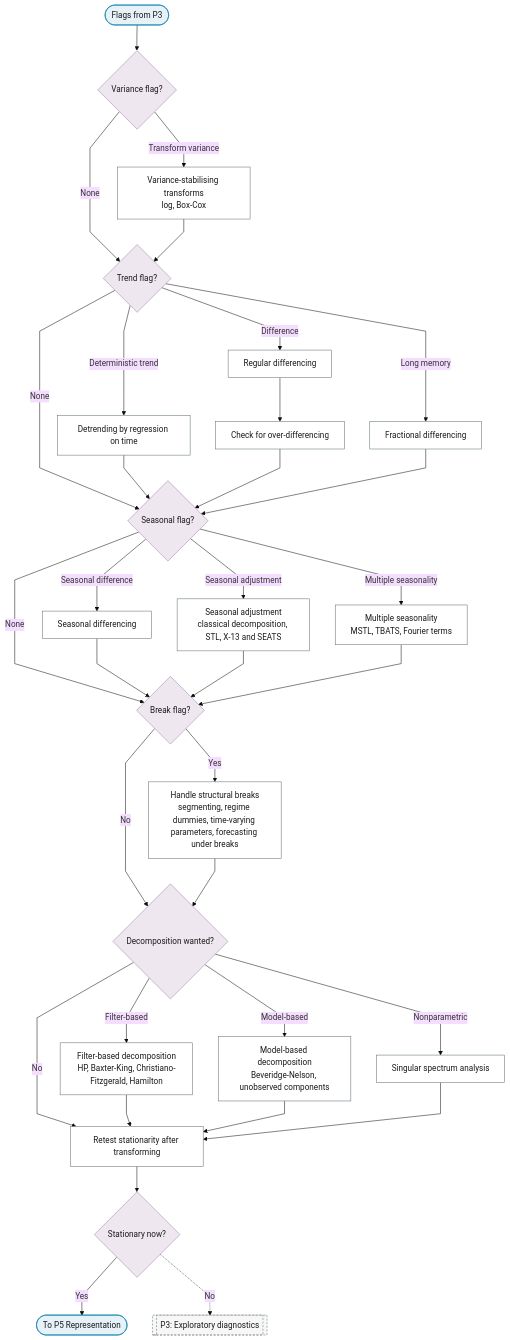
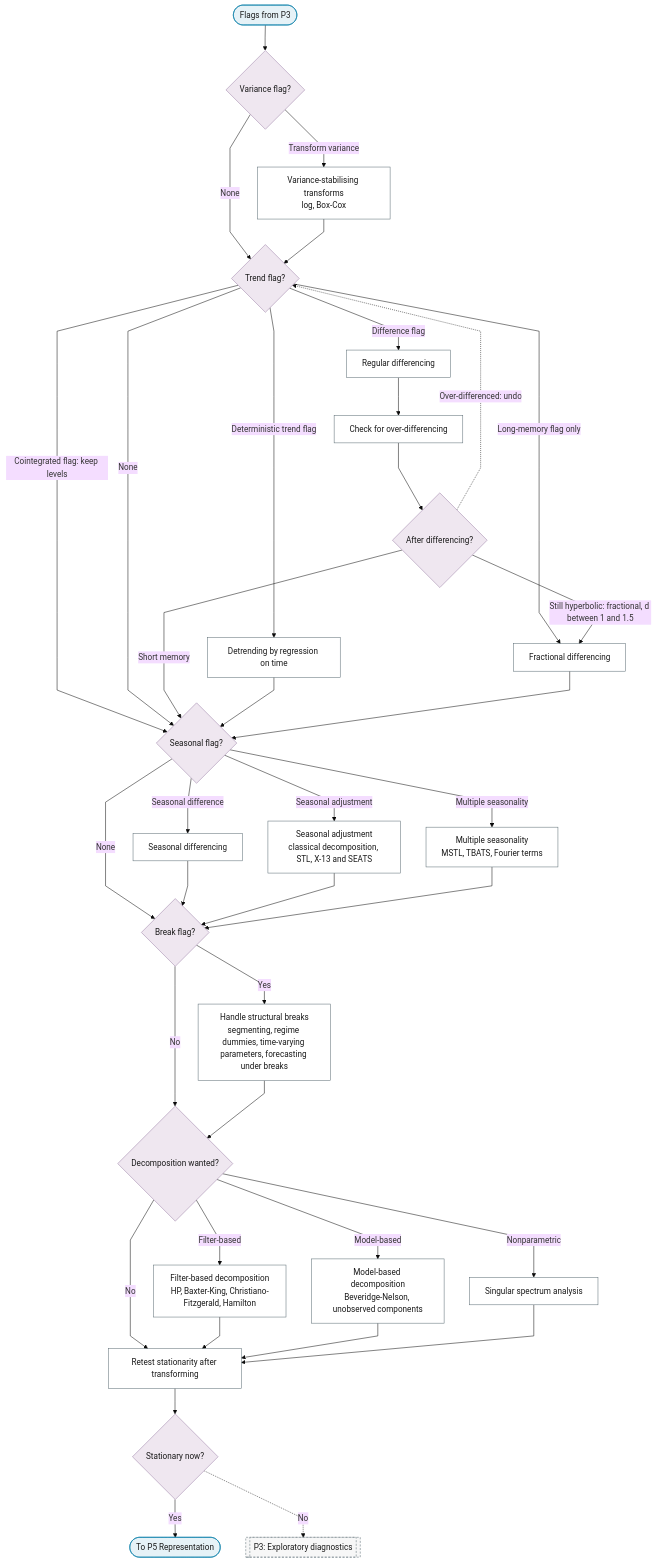
Before and after one commit to Shuxin-Y/time-series-analysis-manual: the diagram in docs/01-workflow/p04-transformations.md, drawn with Mermaid (base theme). The commit also changed 1 other file, not shown here.

Commit message:
fix(flowchart): P4 reads the trend flags in order and keeps cointegrated levels (rev3 R2, N4)
P4's trend diamond reads the cointegrated flag first (keep levels: the
VECM is fitted on levels), then the difference flag, a long-memory flag
on its own, and the deterministic-trend flag. After differencing, the
over-differencing check has a verdict: short memory goes on; still
hyperbolic goes to fractional differencing (d between 1 and 1.5); an
over-differenced series goes back to the trend choice. The plan's flag
contract names the cointegrated flag's new consumer.

````diff
--- a/docs/01-workflow/p04-transformations.md
+++ b/docs/01-workflow/p04-transformations.md
@@ -9,42 +9,47 @@
 ```mermaid
 %%{init: {"flowchart": {"curve": "linear"}}}%%
 graph TD
     P4_IN(["Flags from P3"]) --> P4_VARIANCE{"Variance flag?"}
     P4_VARIANCE -->|"Transform variance"| P4_LOG_BOXCOX["Variance-stabilising transforms<br/>log, Box-Cox"]
     P4_VARIANCE -->|"None"| P4_TREND
     P4_LOG_BOXCOX --> P4_TREND{"Trend flag?"}
-    P4_TREND -->|"Deterministic trend"| P4_DETREND["Detrending by regression on time"]
-    P4_TREND -->|"Difference"| P4_DIFFERENCE["Regular differencing"]
-    P4_TREND -->|"Long memory"| P4_FRACTIONAL_DIFFERENCE["Fractional differencing"]
+    P4_TREND -->|"Cointegrated flag: keep levels"| P4_SEASON
+    P4_TREND -->|"Difference flag"| P4_DIFFERENCE["Regular differencing"]
+    P4_TREND -->|"Long-memory flag only"| P4_FRACTIONAL_DIFFERENCE["Fractional differencing"]
+    P4_TREND -->|"Deterministic trend flag"| P4_DETREND["Detrending by regression on time"]
     P4_TREND -->|"None"| P4_SEASON
     P4_DIFFERENCE --> P4_OVERDIFFERENCING["Check for over-differencing"]
-    P4_DETREND & P4_OVERDIFFERENCING & P4_FRACTIONAL_DIFFERENCE --> P4_SEASON{"Seasonal flag?"}
+    P4_OVERDIFFERENCING --> P4_DIFF_VERDICT{"After differencing?"}
+    P4_DIFF_VERDICT -->|"Short memory"| P4_SEASON
+    P4_DIFF_VERDICT -->|"Still hyperbolic: fractional, d between 1 and 1.5"| P4_FRACTIONAL_DIFFERENCE
+    P4_DIFF_VERDICT -.->|"Over-differenced: undo"| P4_TREND
+    P4_DETREND & P4_FRACTIONAL_DIFFERENCE --> P4_SEASON{"Seasonal flag?"}
     P4_SEASON -->|"Seasonal difference"| P4_SEASONAL_DIFFERENCE["Seasonal differencing"]
     P4_SEASON -->|"Seasonal adjustment"| P4_SEASONAL_ADJUSTMENT["Seasonal adjustment<br/>classical decomposition, STL, X-13 and SEATS"]
     P4_SEASON -->|"Multiple seasonality"| P4_MULTIPLE_SEASONALITY["Multiple seasonality<br/>MSTL, TBATS, Fourier terms"]
     P4_SEASON -->|"None"| P4_BREAKS
     P4_SEASONAL_DIFFERENCE & P4_SEASONAL_ADJUSTMENT & P4_MULTIPLE_SEASONALITY --> P4_BREAKS{"Break flag?"}
     P4_BREAKS -->|"Yes"| P4_BREAK_HANDLING["Handle structural breaks<br/>segmenting, regime dummies, time-varying parameters, forecasting under breaks"]
     P4_BREAKS -->|"No"| P4_DECOMP
     P4_BREAK_HANDLING --> P4_DECOMP{"Decomposition wanted?"}
     P4_DECOMP -->|"Filter-based"| P4_FILTER_DECOMPOSITION["Filter-based decomposition<br/>HP, Baxter-King, Christiano-Fitzgerald, Hamilton"]
     P4_DECOMP -->|"Model-based"| P4_MODEL_DECOMPOSITION["Model-based decomposition<br/>Beveridge-Nelson, unobserved components"]
     P4_DECOMP -->|"Nonparametric"| P4_SSA["Singular spectrum analysis"]
     P4_DECOMP -->|"No"| P4_RETEST
     P4_FILTER_DECOMPOSITION & P4_MODEL_DECOMPOSITION & P4_SSA --> P4_RETEST["Retest stationarity after transforming"]
     P4_RETEST --> P4_STATIONARY{"Stationary now?"}
     P4_STATIONARY -->|"Yes"| P4_OUT(["To P5 Representation"])
     P4_STATIONARY -.->|"No"| P3[["P3: Exploratory diagnostics"]]
     class P4_IN,P4_OUT terminator
-    class P4_VARIANCE,P4_TREND,P4_SEASON,P4_BREAKS,P4_DECOMP,P4_STATIONARY decision
-    class P4_LOG_BOXCOX,P4_DETREND,P4_DIFFERENCE,P4_FRACTIONAL_DIFFERENCE,P4_OVERDIFFERENCING,P4_SEASONAL_DIFFERENCE,P4_SEASONAL_ADJUSTMENT,P4_MULTIPLE_SEASONALITY,P4_BREAK_HANDLING,P4_FILTER_DECOMPOSITION,P4_MODEL_DECOMPOSITION,P4_SSA,P4_RETEST process
+    class P4_VARIANCE,P4_TREND,P4_DIFF_VERDICT,P4_SEASON,P4_BREAKS,P4_DECOMP,P4_STATIONARY decision
+    class P4_LOG_BOXCOX,P4_DIFFERENCE,P4_FRACTIONAL_DIFFERENCE,P4_DETREND,P4_OVERDIFFERENCING,P4_SEASONAL_DIFFERENCE,P4_SEASONAL_ADJUSTMENT,P4_MULTIPLE_SEASONALITY,P4_BREAK_HANDLING,P4_FILTER_DECOMPOSITION,P4_MODEL_DECOMPOSITION,P4_SSA,P4_RETEST process
     class P3 ref
     classDef terminator fill:#E6F2F7,stroke:#007BA7,color:#1A1A1A;
     classDef process fill:#FFFFFF,stroke:#5A6B73,color:#1A1A1A;
     classDef decision fill:#EFE7F0,stroke:#9B7FA7,color:#1A1A1A;
     classDef data fill:#FFF4E0,stroke:#C9A55E,color:#1A1A1A;
     classDef good fill:#DCEFD8,stroke:#4A7A3F,color:#1A1A1A;
     classDef escalate fill:#FFE9C2,stroke:#C9A55E,color:#1A1A1A;
     classDef problem fill:#F2D9DE,stroke:#800020,color:#1A1A1A;
     classDef ref fill:#F7F7F7,stroke:#5A6B73,color:#1A1A1A,stroke-dasharray:4 3;
 ```
````
